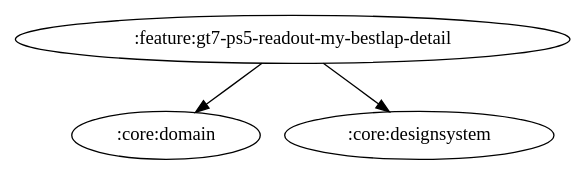
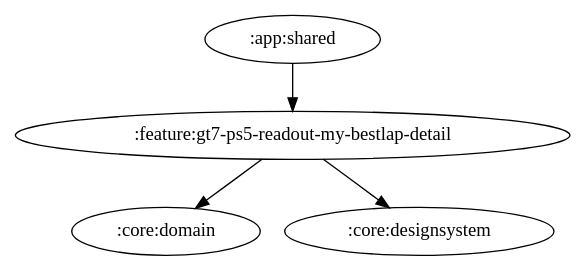
One commit to ai-kurou/KoDriver changed the diagram in docs/graphs/feature-gt7-ps5-readout-my-bestlap-detail.gv. Above: the diagram before and after it, drawn with Graphviz. The commit also changed 5 other files, not shown here.

Commit message:
chore: update module graph images

```diff
--- a/docs/graphs/feature-gt7-ps5-readout-my-bestlap-detail.gv
+++ b/docs/graphs/feature-gt7-ps5-readout-my-bestlap-detail.gv
@@ -1,5 +1,6 @@
 digraph G {
   rankdir=TB
+  ":app:shared" -> ":feature:gt7-ps5-readout-my-bestlap-detail"
   ":feature:gt7-ps5-readout-my-bestlap-detail" -> ":core:domain"
   ":feature:gt7-ps5-readout-my-bestlap-detail" -> ":core:designsystem"
 }
```
